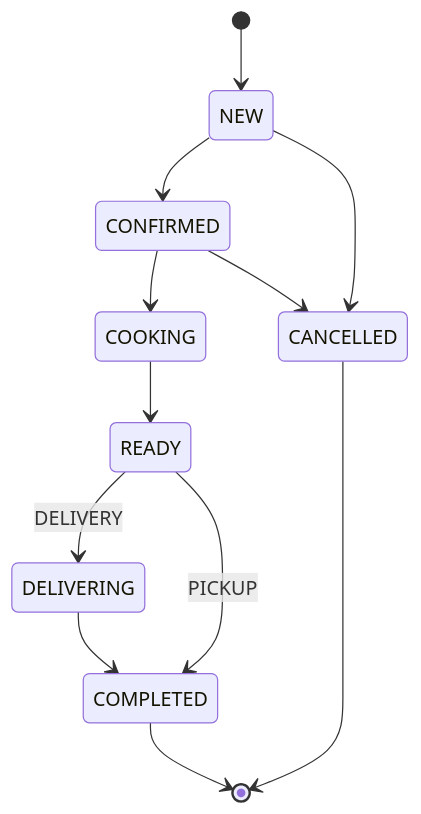
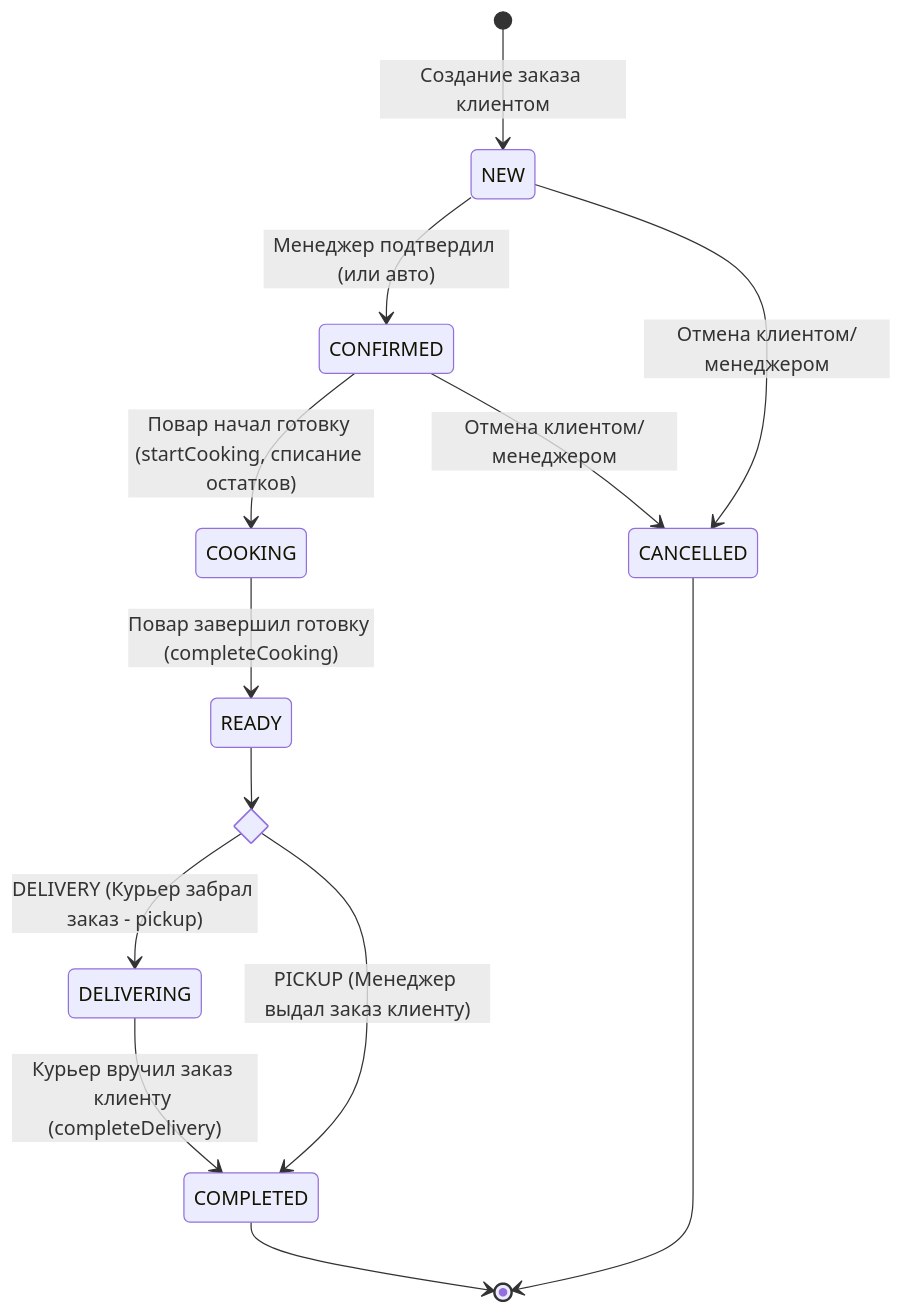
Before and after one commit to Ksuyshaan/pizza_flow: the diagram in docs/status-flow.md, drawn with Mermaid. The commit also changed other lines of this file and 162 other files, not shown here.

````diff
--- a/docs/status-flow.md
+++ b/docs/status-flow.md
@@ -68,14 +15,23 @@
 ```mermaid
 stateDiagram-v2
-    [*] --> NEW
-    NEW --> CONFIRMED
-    NEW --> CANCELLED
-    CONFIRMED --> COOKING
-    CONFIRMED --> CANCELLED
-    COOKING --> READY
-    READY --> DELIVERING: DELIVERY
-    READY --> COMPLETED: PICKUP
-    DELIVERING --> COMPLETED
+    [*] --> NEW: Создание заказа клиентом
+
+    NEW --> CONFIRMED: Менеджер подтвердил (или авто)
+    NEW --> CANCELLED: Отмена клиентом/менеджером
+
+    CONFIRMED --> COOKING: Повар начал готовку (startCooking, списание остатков)
+    CONFIRMED --> CANCELLED: Отмена клиентом/менеджером
+
+    COOKING --> READY: Повар завершил готовку (completeCooking)
+
+    state if_delivery <<choice>>
+    READY --> if_delivery
+
+    if_delivery --> DELIVERING: DELIVERY (Курьер забрал заказ - pickup)
+    if_delivery --> COMPLETED: PICKUP (Менеджер выдал заказ клиенту)
+
+    DELIVERING --> COMPLETED: Курьер вручил заказ клиенту (completeDelivery)
+
     COMPLETED --> [*]
     CANCELLED --> [*]
 ```
````
